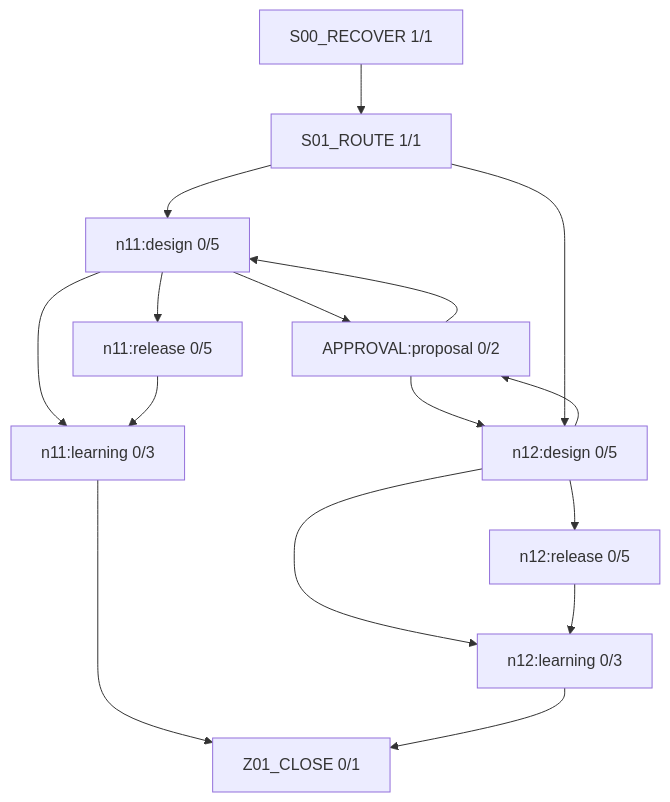
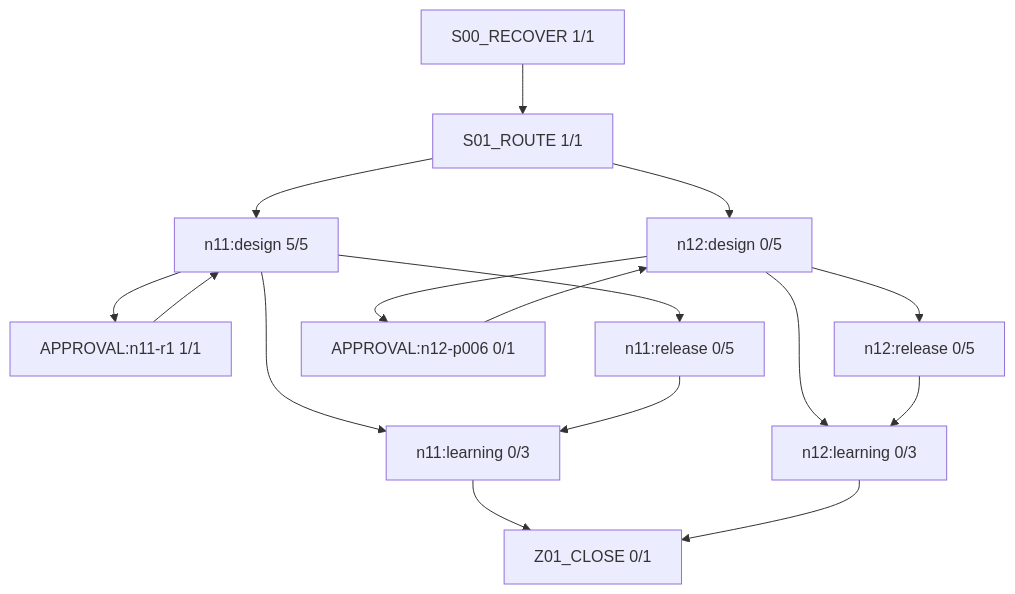
The diagram in work/items/W-MATH-047-n1112-guided-review/generated/FIRE_DIAGRAM.md (rrikunagasige-dot/kyotsu-step-web), drawn with Mermaid before and after one commit. The commit also changed other lines of this file and 448 other files, not shown here.

````diff
--- a/work/items/W-MATH-047-n1112-guided-review/generated/FIRE_DIAGRAM.md
+++ b/work/items/W-MATH-047-n1112-guided-review/generated/FIRE_DIAGRAM.md
@@ -5,28 +5,29 @@
 ```mermaid
 flowchart TD
   N0["S00_RECOVER 1/1"]
   N1["S01_ROUTE 1/1"]
-  N2["n11:design 0/5"]
-  N3["APPROVAL:proposal 0/2"]
+  N2["n11:design 5/5"]
+  N3["APPROVAL:n11-r1 1/1"]
   N4["n11:release 0/5"]
   N5["n12:design 0/5"]
-  N6["n12:release 0/5"]
-  N7["n11:learning 0/3"]
-  N8["n12:learning 0/3"]
-  N9["Z01_CLOSE 0/1"]
+  N6["APPROVAL:n12-p006 0/1"]
+  N7["n12:release 0/5"]
+  N8["n11:learning 0/3"]
+  N9["n12:learning 0/3"]
+  N10["Z01_CLOSE 0/1"]
   N3 --> N2
-  N3 --> N5
+  N6 --> N5
   N0 --> N1
   N1 --> N2
   N1 --> N5
   N2 --> N3
-  N2 --> N7
+  N2 --> N8
   N2 --> N4
+  N8 --> N10
+  N4 --> N8
+  N5 --> N6
+  N5 --> N9
+  N5 --> N7
+  N9 --> N10
   N7 --> N9
-  N4 --> N7
-  N5 --> N3
-  N5 --> N8
-  N5 --> N6
-  N8 --> N9
-  N6 --> N8
 ```
````
